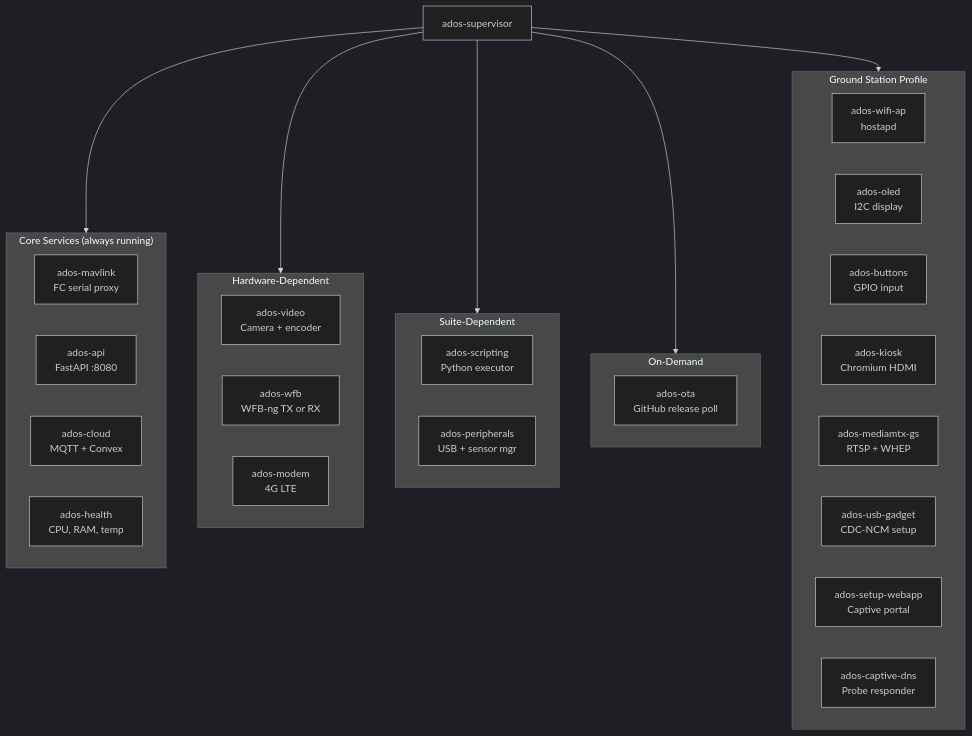
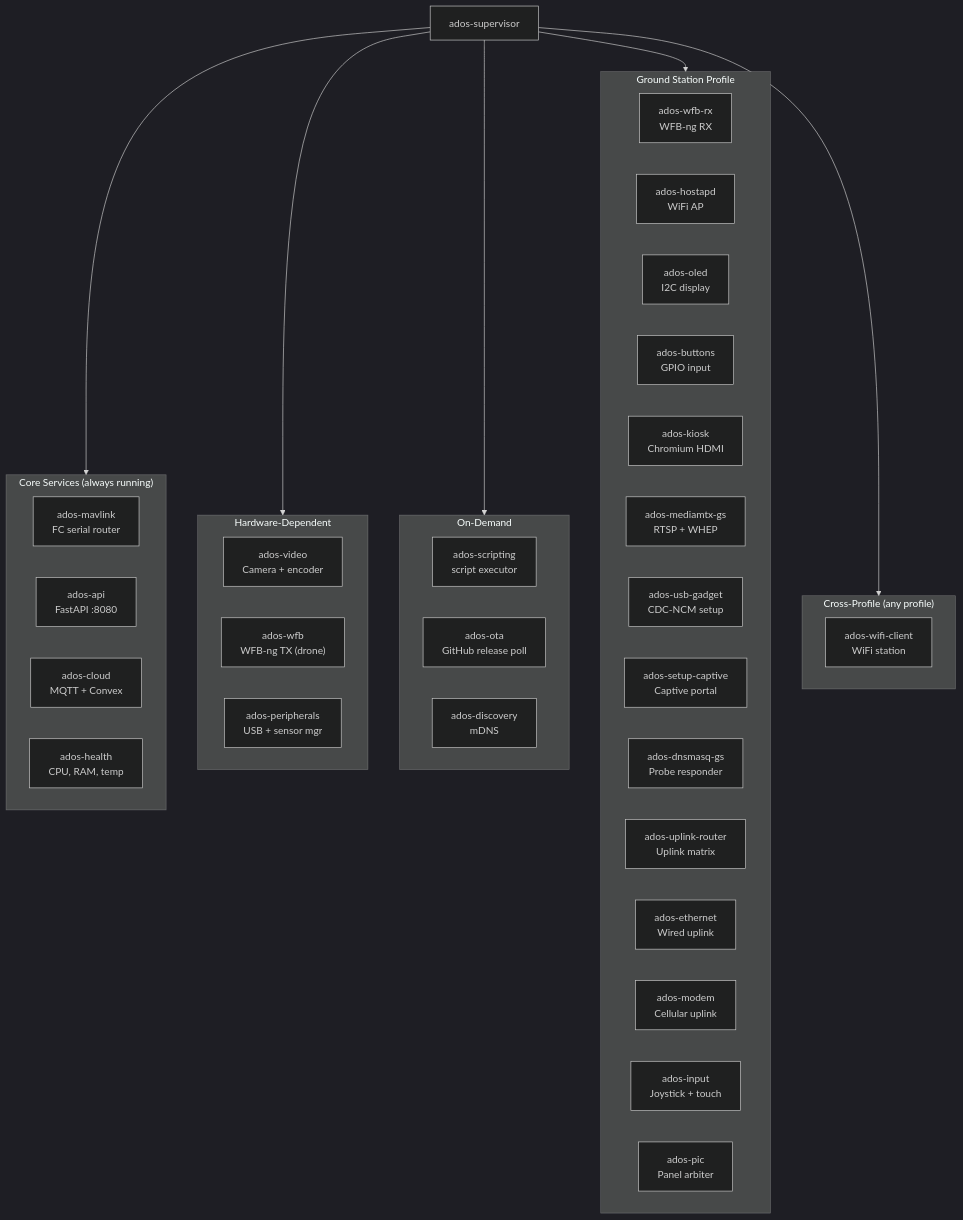
One commit to altnautica/Documentation changed the diagram in architecture/agent-services.mdx. Above: the diagram before and after it, drawn with Mermaid. The commit also changed other lines of this file and 24 other files, not shown here.

First line of the commit message:
docs: update the agent, ground-agent, and architecture docs to the current build

````diff
--- a/architecture/agent-services.mdx
+++ b/architecture/agent-services.mdx
@@ -23,44 +25,51 @@
 ```mermaid
 %%{init: {'theme': 'dark'}}%%
 flowchart TB
     Supervisor["ados-supervisor"]
     
     subgraph Core["Core Services (always running)"]
-        MAVLink["ados-mavlink<br/>FC serial proxy"]
+        MAVLink["ados-mavlink<br/>FC serial router"]
         API["ados-api<br/>FastAPI :8080"]
         Cloud["ados-cloud<br/>MQTT + Convex"]
         Health["ados-health<br/>CPU, RAM, temp"]
     end
     
     subgraph HW["Hardware-Dependent"]
         Video["ados-video<br/>Camera + encoder"]
-        WFB["ados-wfb<br/>WFB-ng TX or RX"]
-        Modem["ados-modem<br/>4G LTE"]
-    end
-    
-    subgraph Suite["Suite-Dependent"]
-        Scripting["ados-scripting<br/>Python executor"]
+        WFB["ados-wfb<br/>WFB-ng TX (drone)"]
         Sensors["ados-peripherals<br/>USB + sensor mgr"]
     end
     
     subgraph OnDemand["On-Demand"]
+        Scripting["ados-scripting<br/>script executor"]
         OTA["ados-ota<br/>GitHub release poll"]
+        Discovery["ados-discovery<br/>mDNS"]
     end
     
     subgraph GroundOnly["Ground Station Profile"]
-        WiFiAP["ados-wifi-ap<br/>hostapd"]
+        WFBRX["ados-wfb-rx<br/>WFB-ng RX"]
+        HostAP["ados-hostapd<br/>WiFi AP"]
         OLED["ados-oled<br/>I2C display"]
         Buttons["ados-buttons<br/>GPIO input"]
         Kiosk["ados-kiosk<br/>Chromium HDMI"]
         MediaMTXGS["ados-mediamtx-gs<br/>RTSP + WHEP"]
         USBGadget["ados-usb-gadget<br/>CDC-NCM setup"]
-        SetupWebapp["ados-setup-webapp<br/>Captive portal"]
-        CaptiveDNS["ados-captive-dns<br/>Probe responder"]
+        SetupCaptive["ados-setup-captive<br/>Captive portal"]
+        DnsmasqGS["ados-dnsmasq-gs<br/>Probe responder"]
+        UplinkRouter["ados-uplink-router<br/>Uplink matrix"]
+        Ethernet["ados-ethernet<br/>Wired uplink"]
+        Modem["ados-modem<br/>Cellular uplink"]
+        Input["ados-input<br/>Joystick + touch"]
+        PIC["ados-pic<br/>Panel arbiter"]
+    end
+
+    subgraph CrossProfile["Cross-Profile (any profile)"]
+        WiFiClient["ados-wifi-client<br/>WiFi station"]
     end
     
     Supervisor --> Core
     Supervisor --> HW
-    Supervisor --> Suite
     Supervisor --> OnDemand
     Supervisor --> GroundOnly
+    Supervisor --> CrossProfile
 ```
````
